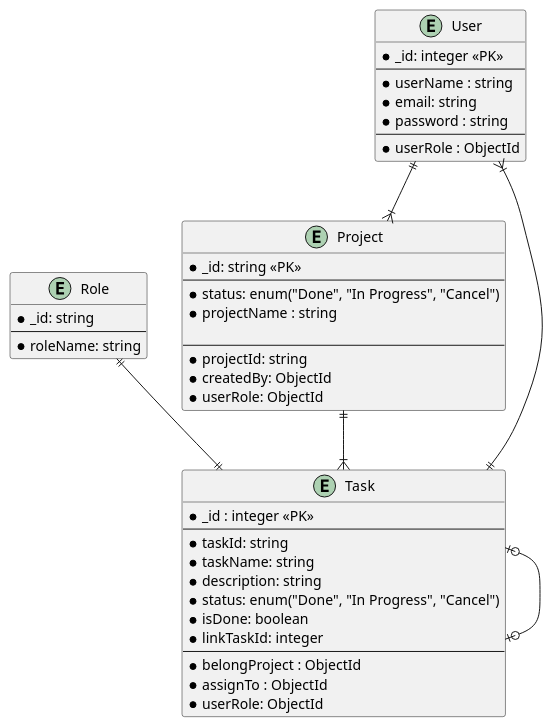
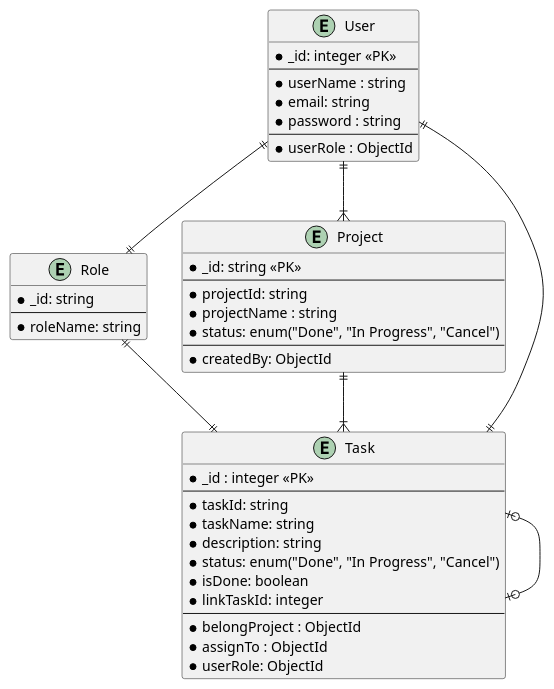
The diagram in back-end/ERD Diagram/erd.puml (quangvinhln2008/application_todo), drawn with PlantUML before and after one commit. The commit also changed 11 other files, not shown here.

```diff
--- a/back-end/ERD Diagram/erd.puml
+++ b/back-end/ERD Diagram/erd.puml
@@ -1,51 +1,52 @@
 @startuml TodoList
     entity Role{
         * _id: string
         --
         * roleName: string
     }
 
    entity User {
       * _id: integer <<PK>>
       --
       * userName : string
       * email: string
       * password : string
       --
       * userRole : ObjectId
    }
 
    entity Project {
       * _id: string <<PK>>
       --
+      * projectId: string
+      * projectName : string
       * status: enum("Done", "In Progress", "Cancel")
-      * projectName : string
-
       --
-      * projectId: string
       * createdBy: ObjectId
-      * userRole: ObjectId
    }
 
    entity Task {
       * _id : integer <<PK>>
       --
       * taskId: string
       * taskName: string
       * description: string
       * status: enum("Done", "In Progress", "Cancel")
       * isDone: boolean
       * linkTaskId: integer
       --
       * belongProject : ObjectId
       * assignTo : ObjectId
       * userRole: ObjectId
    }
 
-    User ||--|{ Project
-    Project ||--|{ Task
-    User }|--|| Task
-    Role ||--|| Task
-    Task |o--o| Task
+   User ||--|| Role
+
+   User ||--|{ Project
+   
+   Project ||--|{ Task
+   User ||--|| Task
+   Role ||--|| Task
+   Task |o--o| Task
 
 @enduml
```
